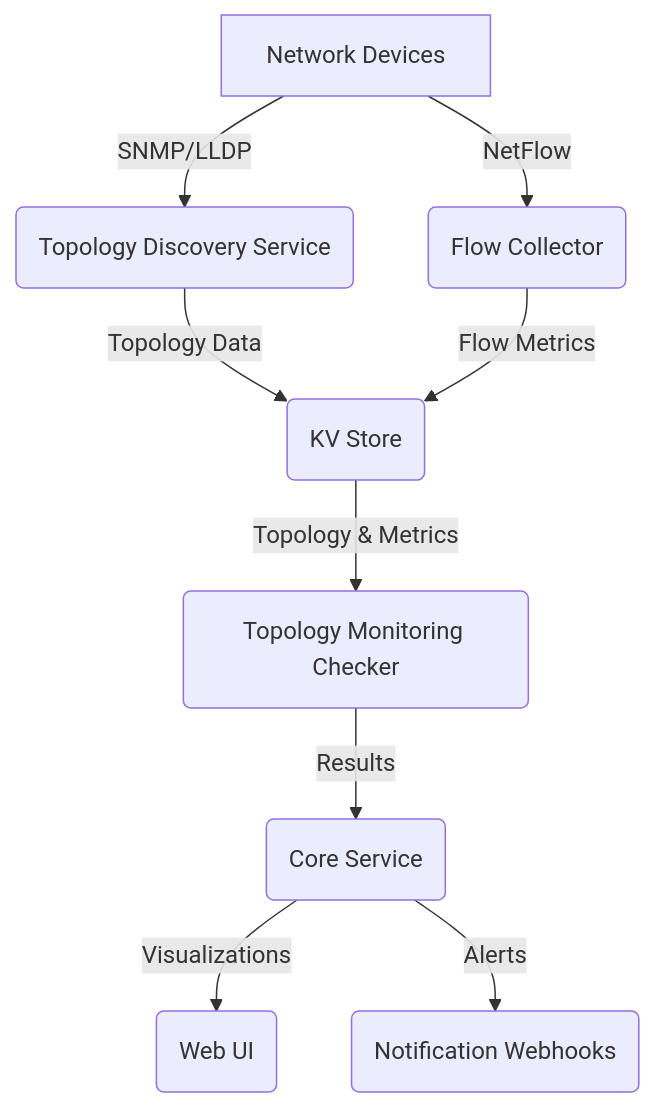
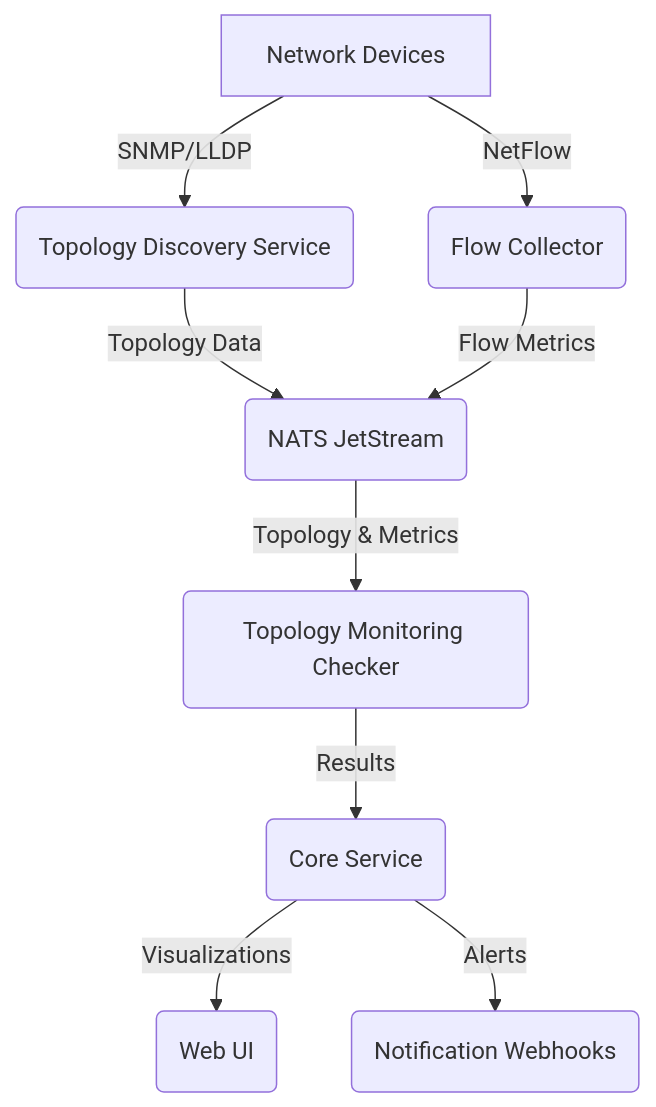
One commit to carverauto/serviceradar changed the diagram in sr-architecture-and-design/prd/02-topo-aware-monitoring.md. Above: the diagram before and after it, drawn with Mermaid.

Commit message:
graph update

````diff
--- a/sr-architecture-and-design/prd/02-topo-aware-monitoring.md
+++ b/sr-architecture-and-design/prd/02-topo-aware-monitoring.md
@@ -172,11 +172,11 @@
 ```mermaid
 graph TD
     A[Network Devices] -->|SNMP/LLDP| B(Topology Discovery Service)
     A -->|NetFlow| C(Flow Collector)
-    B -->|Topology Data| D(KV Store)
+    B -->|Topology Data| D(NATS JetStream)
     C -->|Flow Metrics| D
     D -->|Topology & Metrics| E(Topology Monitoring Checker)
     E -->|Results| F(Core Service)
     F -->|Visualizations| G(Web UI)
     F -->|Alerts| H(Notification Webhooks)
 ```
````
